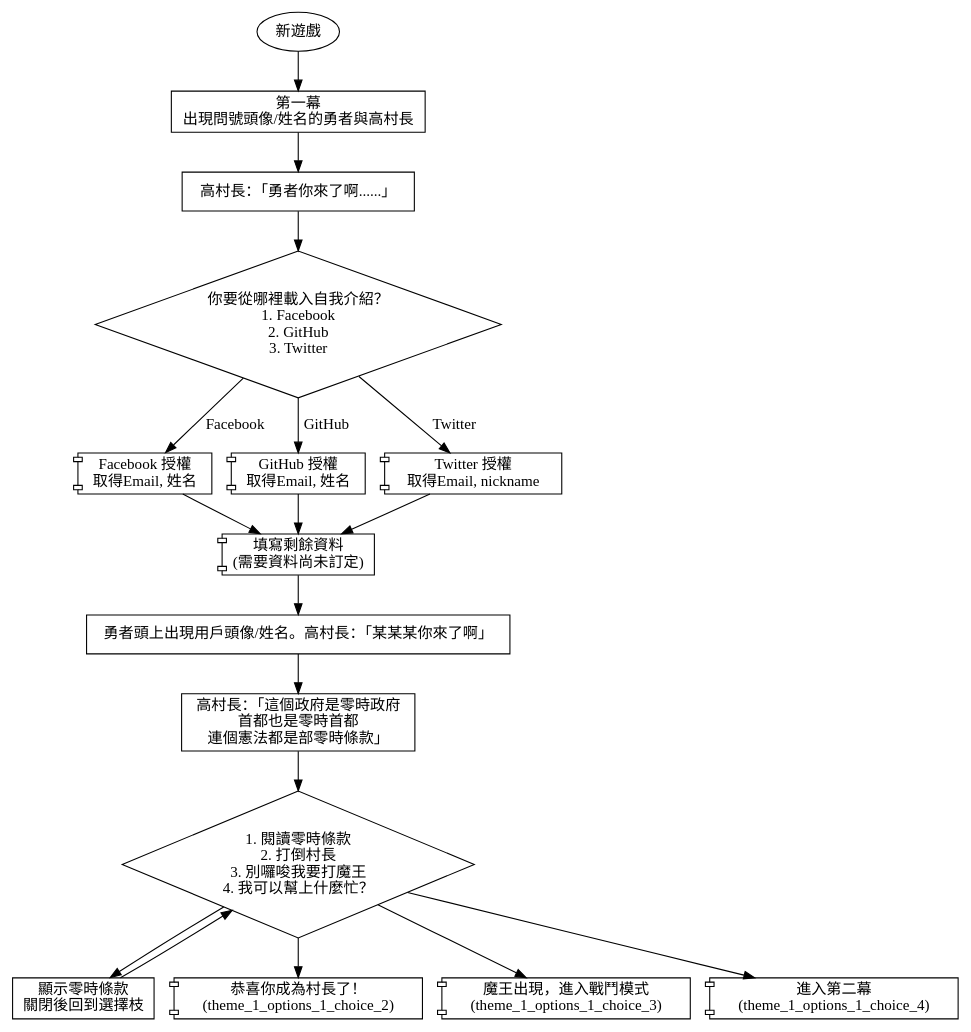
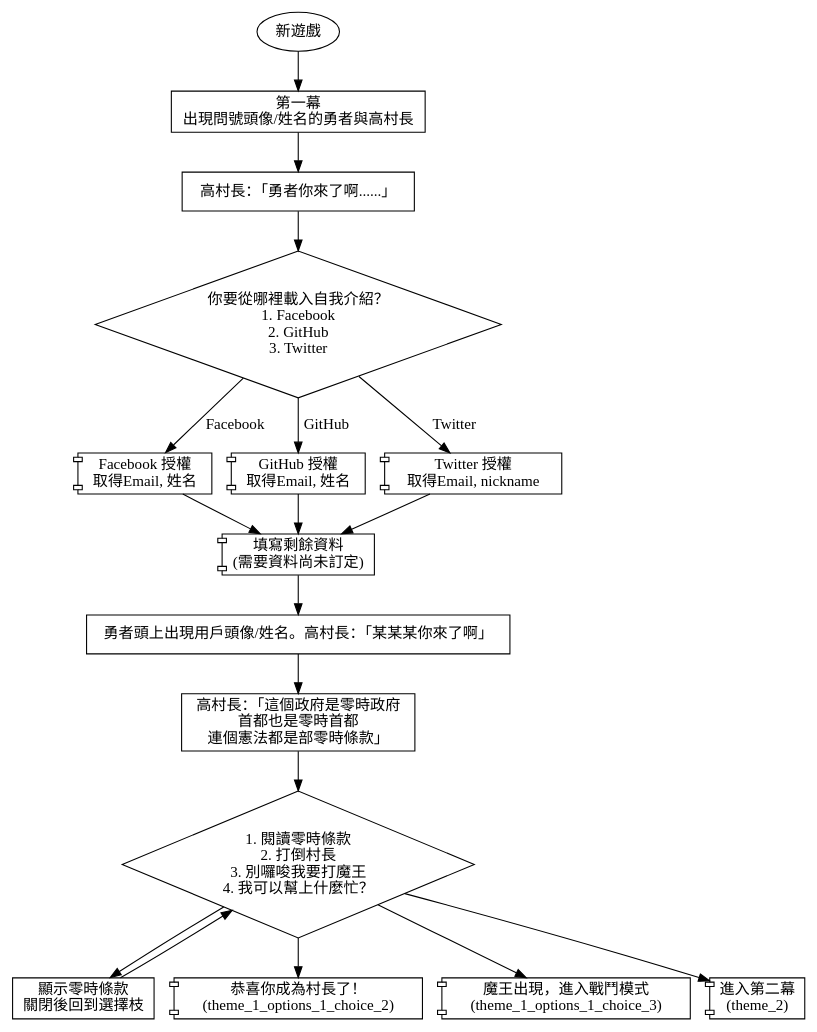
The diagram in storyboards/new_game.dot (g0v/g0village), drawn with Graphviz before and after one commit. The commit also changed 1 other file, not shown here.

Commit message:
change theme_1_options_1_choice_4 to theme_2

```diff
--- a/storyboards/new_game.dot
+++ b/storyboards/new_game.dot
@@ -1,44 +1,44 @@
 digraph {
 
   new_game [label="新遊戲"]
   new_game -> theme_1_start
 
   theme_1_start [shape=box, label="第一幕\n出現問號頭像/姓名的勇者與高村長"]
   theme_1_start -> theme_1_1
 
   theme_1_1 [shape=box, label="高村長：「勇者你來了啊......」"]
   theme_1_1 -> load_intro
 
   load_intro [shape=diamond, label="你要從哪裡載入自我介紹？\n1. Facebook\n2. GitHub\n3. Twitter"]
   load_intro -> load_intro_from_facebook [label="Facebook"]
   load_intro -> load_intro_from_github [label="GitHub"]
   load_intro -> load_intro_from_twitter [label="Twitter"]
 
   load_intro_from_facebook [shape=component, label="Facebook 授權\n取得Email, 姓名"]
   load_intro_from_github [shape=component, label="GitHub 授權\n取得Email, 姓名"]
   load_intro_from_twitter [shape=component, label="Twitter 授權\n取得Email, nickname"]
   load_intro_from_facebook -> fill_intro
   load_intro_from_github -> fill_intro
   load_intro_from_twitter -> fill_intro
 
   fill_intro [shape=component, label="填寫剩餘資料\n(需要資料尚未訂定)"]
   fill_intro -> theme_1_2
 
   theme_1_2 [shape=box, label="勇者頭上出現用戶頭像/姓名。高村長：「某某某你來了啊」"]
   theme_1_2 -> theme_1_3
 
   theme_1_3 [shape=box, label="高村長：「這個政府是零時政府\n首都也是零時首都\n連個憲法都是部零時條款」"]
   theme_1_3 -> theme_1_options_1
 
   theme_1_options_1 [shape=diamond, label="1. 閱讀零時條款\n2. 打倒村長\n3. 別囉唆我要打魔王\n4. 我可以幫上什麼忙？"]
   theme_1_options_1 -> theme_1_options_1_choice_1
   theme_1_options_1 -> theme_1_options_1_choice_2
   theme_1_options_1 -> theme_1_options_1_choice_3
-  theme_1_options_1 -> theme_1_options_1_choice_4
+  theme_1_options_1 -> theme_2
 
   theme_1_options_1_choice_1 [shape=box, label="顯示零時條款\n關閉後回到選擇枝"]
   theme_1_options_1_choice_1 -> theme_1_options_1
   theme_1_options_1_choice_2 [shape=component, label="恭喜你成為村長了！\n(theme_1_options_1_choice_2)"]
   theme_1_options_1_choice_3 [shape=component, label="魔王出現，進入戰鬥模式\n(theme_1_options_1_choice_3)"]
-  theme_1_options_1_choice_4 [shape=component, label="進入第二幕\n(theme_1_options_1_choice_4)"]
+  theme_2 [shape=component, label="進入第二幕\n(theme_2)"]
 }
```
